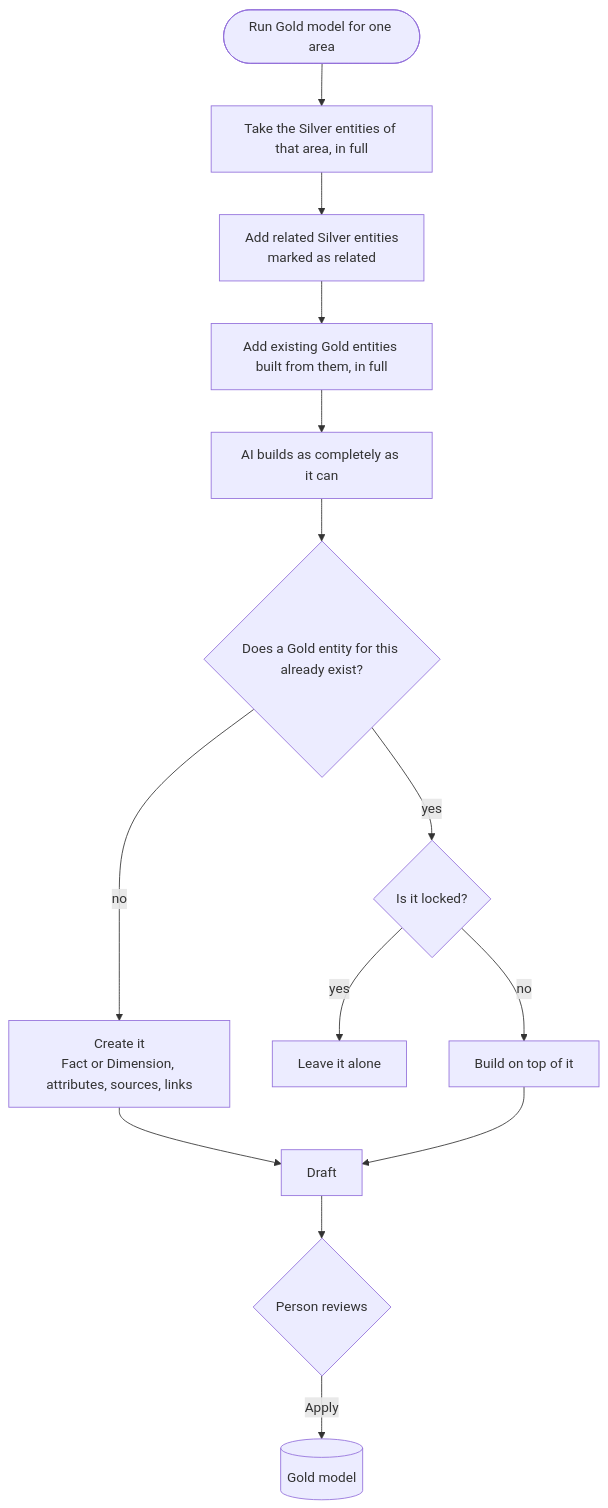
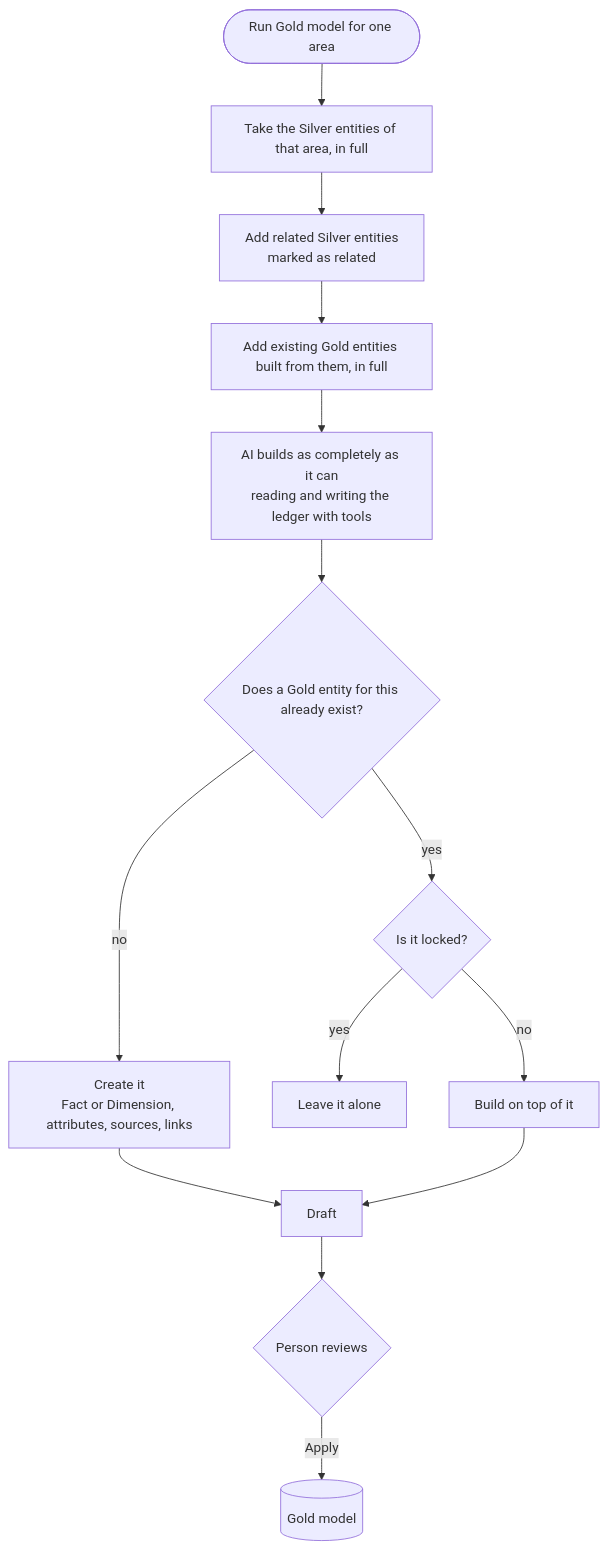
The diagram in design/workflows/gold-model.md (maazuddinmohammed/gds_workbench_v3), drawn with Mermaid before and after one commit. The commit also changed other lines of this file and 43 other files, not shown here.

````diff
--- a/design/workflows/gold-model.md
+++ b/design/workflows/gold-model.md
@@ -8,16 +8,16 @@
 ```mermaid
 flowchart TD
     START(["Run Gold model for one area"]) --> A["Take the Silver entities of that area, in full"]
     A --> B["Add related Silver entities<br/>marked as related"]
     B --> C["Add existing Gold entities built from them, in full"]
-    C --> D["AI builds as completely as it can"]
+    C --> D["AI builds as completely as it can<br/>reading and writing the ledger with tools"]
     D --> E{"Does a Gold entity for this already exist?"}
     E -- no --> F["Create it<br/>Fact or Dimension, attributes, sources, links"]
     E -- yes --> G{"Is it locked?"}
     G -- yes --> H["Leave it alone"]
     G -- no --> I["Build on top of it"]
     F --> J["Draft"]
     I --> J
     J --> K{"Person reviews"}
     K -- Apply --> L[("Gold model")]
 ```
````
